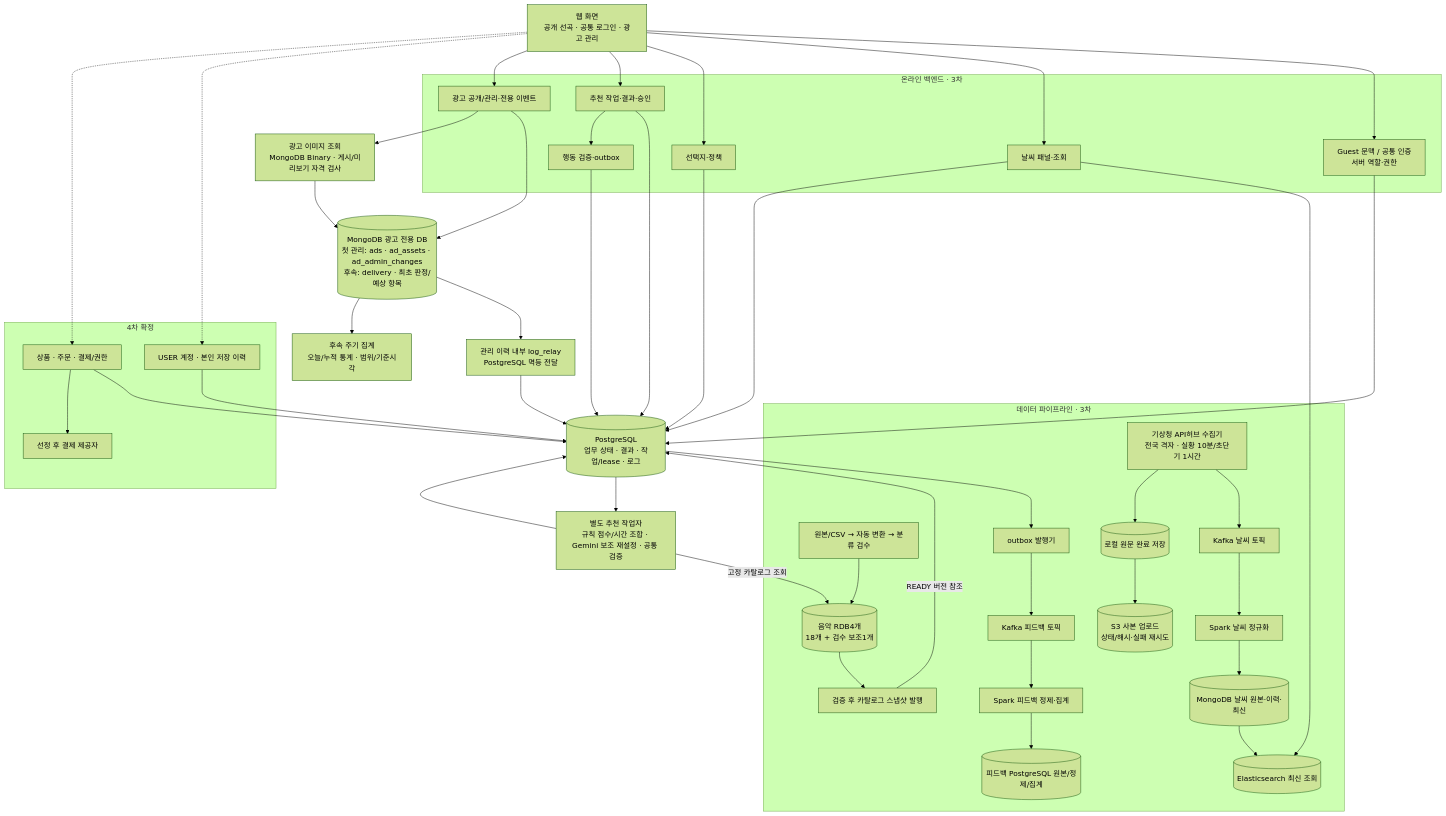
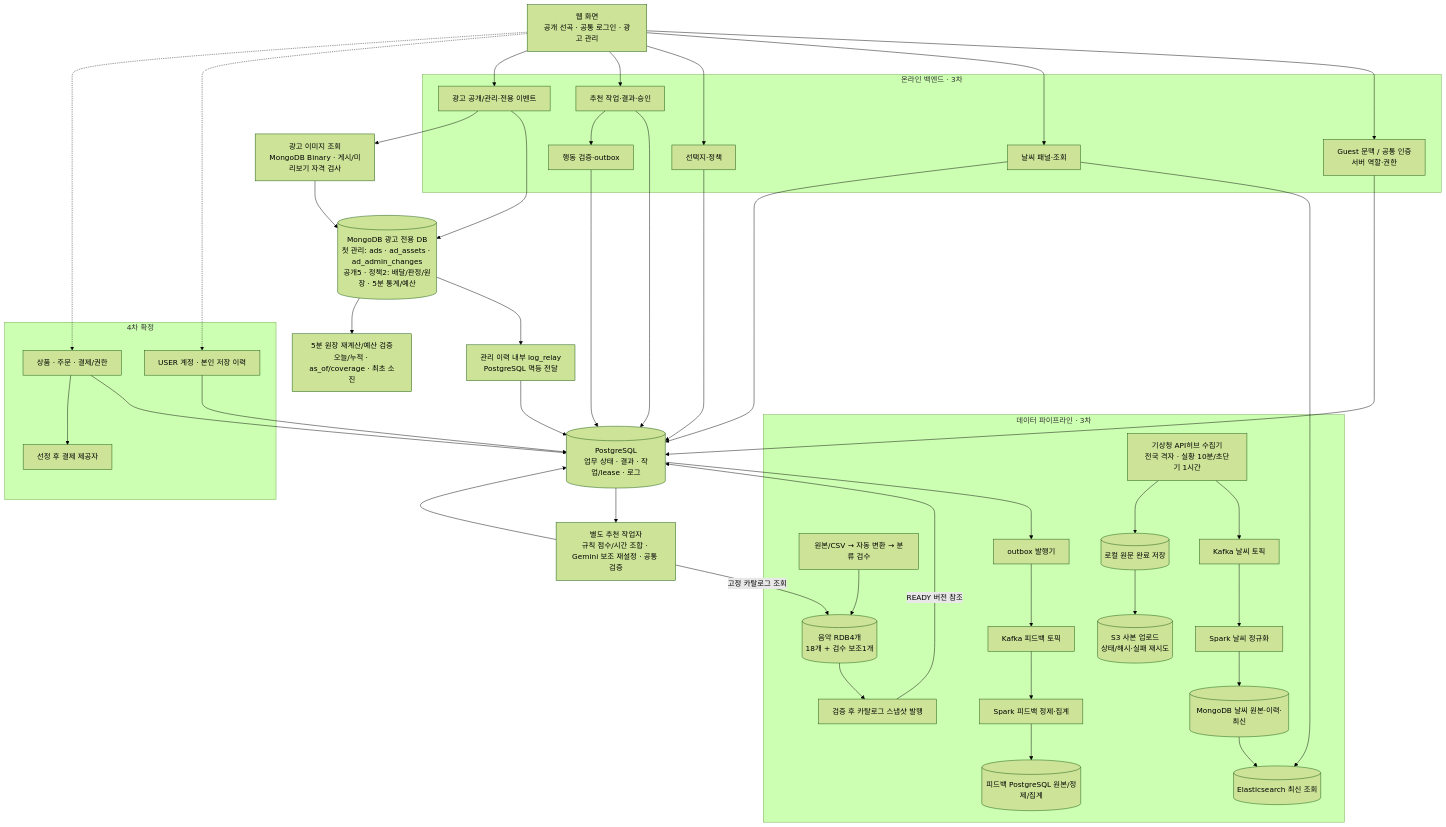
The first of 8 diagrams in docs/product/카페_음악_서비스_구현_설계도.md (encore-ai-campus/mlo-01-p3-team1), drawn with Mermaid (forest theme) before and after one commit. The commit also changed other lines of this file and 216 other files, not shown here.

````diff
--- a/docs/product/카페_음악_서비스_구현_설계도.md
+++ b/docs/product/카페_음악_서비스_구현_설계도.md
@@ -142,57 +148,57 @@
 ```mermaid
 flowchart TB
     WEB["웹 화면<br/>공개 선곡 · 공통 로그인 · 광고 관리"]
     subgraph API["온라인 백엔드 · 3차"]
         AUTH["Guest 문맥 / 공통 인증<br/>서버 역할·권한"]
         WEATHER["날씨 패널·조회"]
         OPTIONS["선택지·정책"]
         REC["추천 작업·결과·승인"]
         FEEDBACK["행동 검증·outbox"]
         ADS["광고 공개/관리·전용 이벤트"]
     end
     DB[("PostgreSQL<br/>업무 상태 · 결과 · 작업/lease · 로그")]
-    ADDB[("MongoDB 광고 전용 DB<br/>첫 관리: ads · ad_assets · ad_admin_changes<br/>후속: delivery · 최초 판정/예상 항목")]
+    ADDB[("MongoDB 광고 전용 DB<br/>첫 관리: ads · ad_assets · ad_admin_changes<br/>공개5 · 정책2: 배달/판정/원장 · 5분 통계/예산")]
     ADLOG["관리 이력 내부 log_relay<br/>PostgreSQL 멱등 전달"]
-    ADAGG["후속 주기 집계<br/>오늘/누적 통계 · 범위/기준시각"]
+    ADAGG["5분 원장 재계산/예산 검증<br/>오늘/누적 · as_of/coverage · 최초 소진"]
     WORKER["별도 추천 작업자<br/>규칙 점수/시간 조합 · Gemini 보조 재설정 · 공통 검증"]
     FILES["광고 이미지 조회<br/>MongoDB Binary · 게시/미리보기 자격 검사"]
     subgraph PIPE["데이터 파이프라인 · 3차"]
         MUSIC["원본/CSV → 자동 변환 → 분류 검수"] --> MUSICDB[("음악 RDB4개<br/>18개 + 검수 보조1개")]
         PUBLISH["검증 후 카탈로그 스냅샷 발행"]
         KMA["기상청 API허브 수집기<br/>전국 격자 · 실황 10분/초단기 1시간"] --> WKAFKA["Kafka 날씨 토픽"]
         WKAFKA --> WSPARK["Spark 날씨 정규화"]
         WSPARK --> WMONGO[("MongoDB 날씨 원본·이력·최신")]
         KMA --> WRAW[("로컬 원문 완료 저장")]
         WRAW --> S3RAW[("S3 사본 업로드<br/>상태/해시·실패 재시도")]
         WMONGO --> WES[("Elasticsearch 최신 조회")]
         FKAFKA["Kafka 피드백 토픽"] --> FSPARK["Spark 피드백 정제·집계"]
         FSPARK --> FDELTA[("피드백 PostgreSQL 원본/정제/집계")]
         RELAY["outbox 발행기"]
     end
     subgraph FOUR["4차 확정"]
         USER["USER 계정 · 본인 저장 이력"]
         PAYMENT["상품 · 주문 · 결제/권한"]
         PROVIDER["선정 후 결제 제공자"]
     end
     WEB --> AUTH
     WEB --> WEATHER
     WEB --> OPTIONS
     WEB --> REC
     WEB --> ADS
     AUTH --> DB
     WEATHER --> WES
     WEATHER --> DB
     OPTIONS --> DB
     REC --> DB
     REC --> FEEDBACK --> DB
     ADS --> ADDB --> ADLOG --> DB
     ADDB --> ADAGG
     ADS --> FILES --> ADDB
     DB --> WORKER --> DB
     MUSICDB --> PUBLISH -->|READY 버전 참조| DB
     WORKER -->|고정 카탈로그 조회| MUSICDB
     DB --> RELAY --> FKAFKA
     WEB -.-> USER --> DB
     WEB -.-> PAYMENT --> DB
     PAYMENT --> PROVIDER
 ```
````
